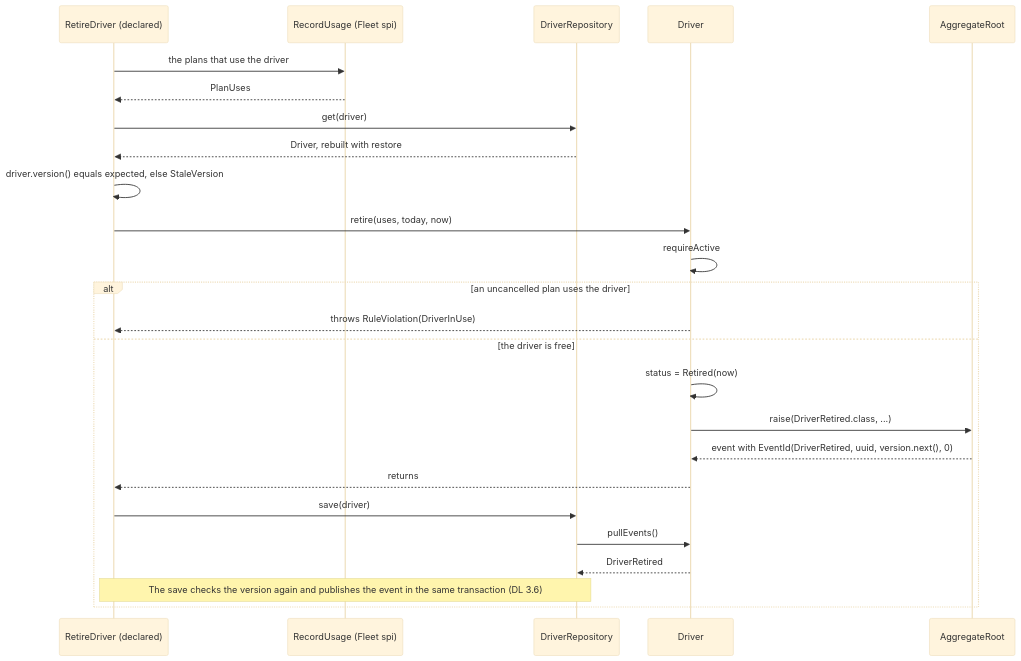
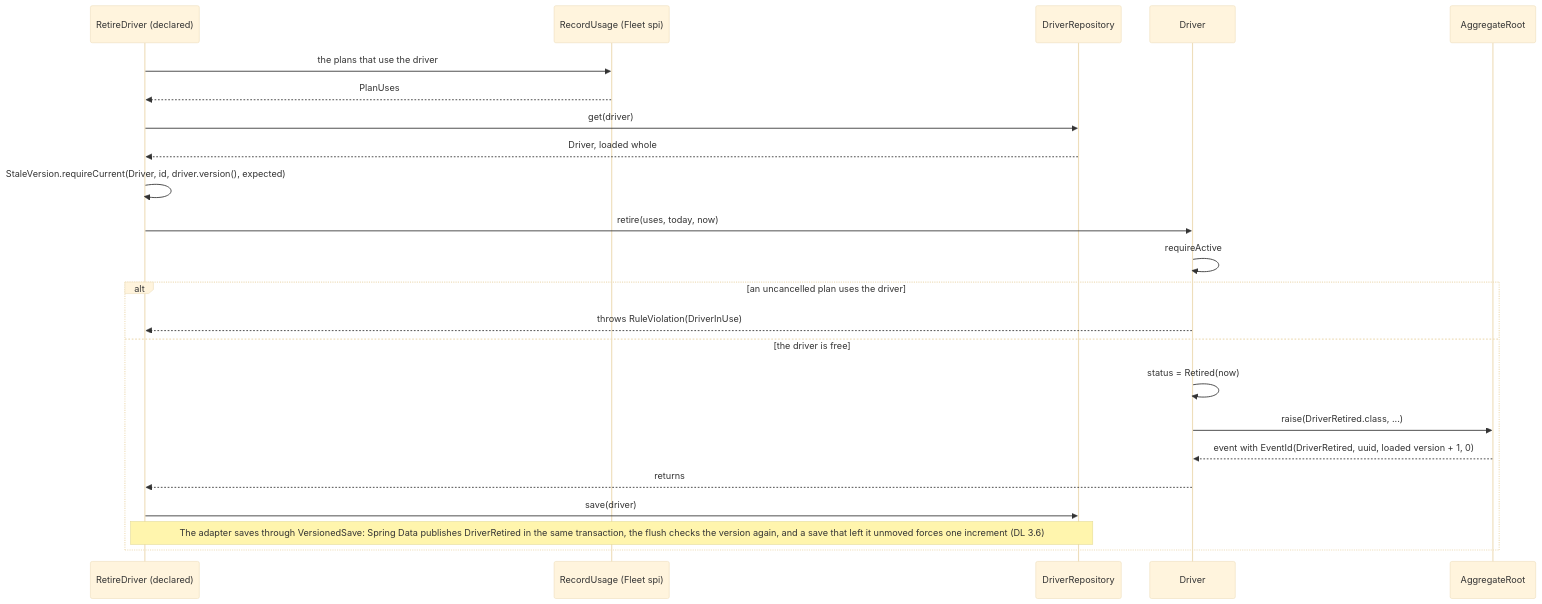
One commit to NaimElijah/DispatchFlow changed the fifth of 29 diagrams in docs/architecture/domain_layer/domain_layer_visual_guide.md. Above: the diagram before and after it, drawn with Mermaid (base theme). The commit also changed other lines of this file and 13 other files, not shown here.

````diff
--- a/docs/architecture/domain_layer/domain_layer_visual_guide.md
+++ b/docs/architecture/domain_layer/domain_layer_visual_guide.md
@@ -465,27 +477,25 @@
 ```mermaid
 sequenceDiagram
   participant UC as RetireDriver (declared)
   participant Use as RecordUsage (Fleet spi)
   participant Repo as DriverRepository
   participant D as Driver
   participant Root as AggregateRoot
   UC->>Use: the plans that use the driver
   Use-->>UC: PlanUses
   UC->>Repo: get(driver)
-  Repo-->>UC: Driver, rebuilt with restore
-  UC->>UC: driver.version() equals expected, else StaleVersion
+  Repo-->>UC: Driver, loaded whole
+  UC->>UC: StaleVersion.requireCurrent(Driver, id, driver.version(), expected)
   UC->>D: retire(uses, today, now)
   D->>D: requireActive
   alt an uncancelled plan uses the driver
     D-->>UC: throws RuleViolation(DriverInUse)
   else the driver is free
     D->>D: status = Retired(now)
     D->>Root: raise(DriverRetired.class, ...)
-    Root-->>D: event with EventId(DriverRetired, uuid, version.next(), 0)
+    Root-->>D: event with EventId(DriverRetired, uuid, loaded version + 1, 0)
     D-->>UC: returns
     UC->>Repo: save(driver)
-    Repo->>D: pullEvents()
-    D-->>Repo: DriverRetired
-    Note over UC,Repo: The save checks the version again and publishes the event in the same transaction (DL 3.6)
+    Note over UC,Repo: The adapter saves through VersionedSave: Spring Data publishes DriverRetired in the same transaction, the flush checks the version again, and a save that left it unmoved forces one increment (DL 3.6)
   end
 ```
````
